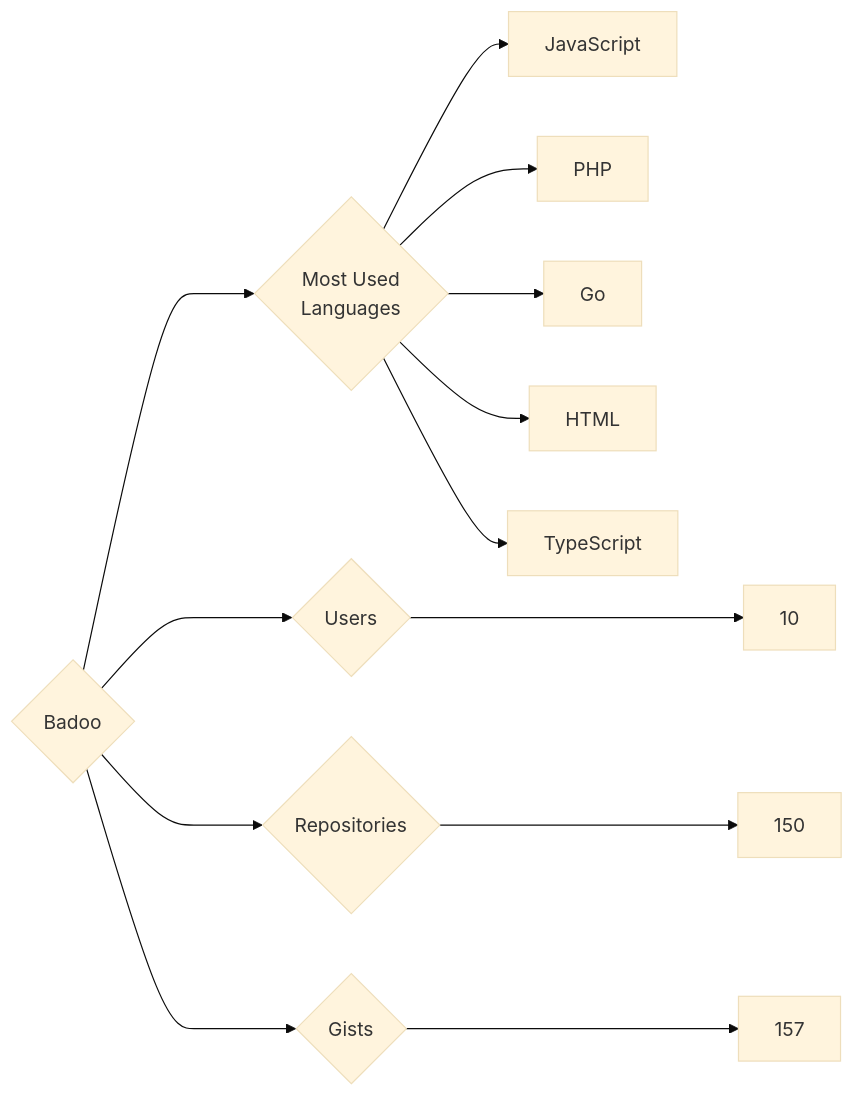
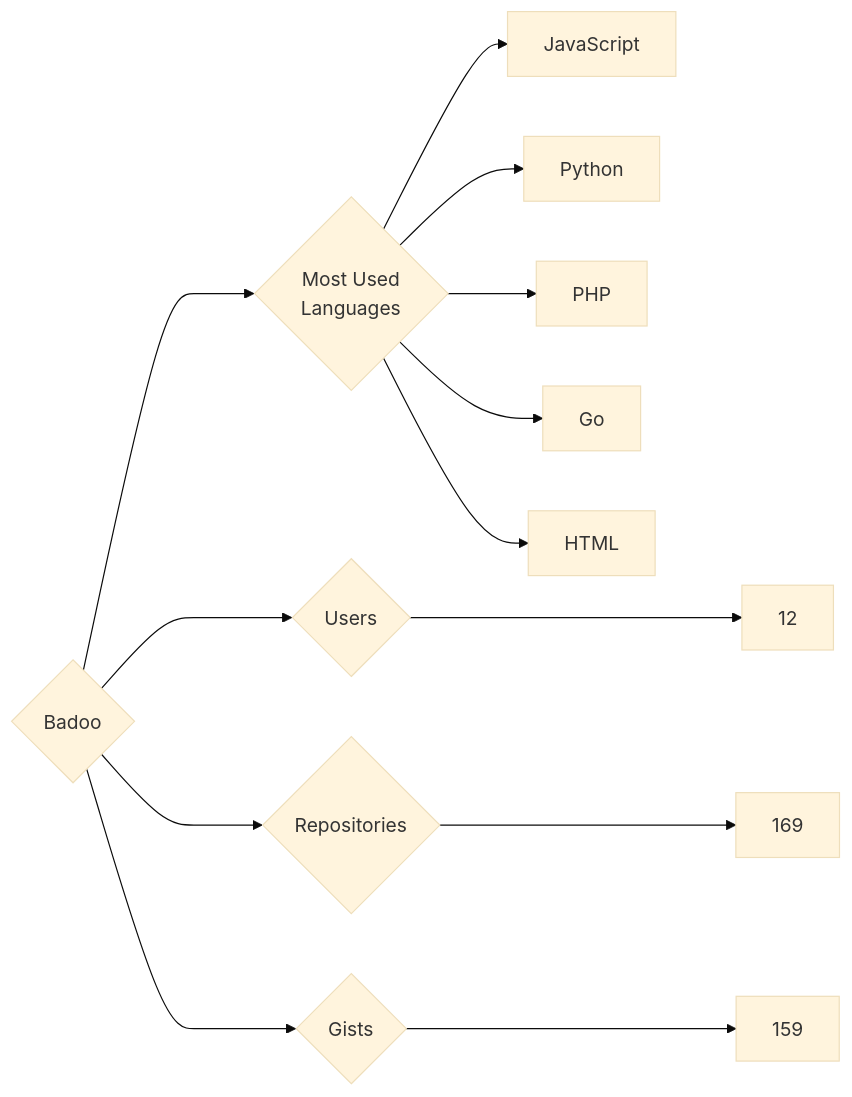
The diagram in targets/Badoo/README.md (trickest/insiders), drawn with Mermaid (base theme) before and after one commit. The commit also changed 1020 other files, not shown here.

````diff
--- a/targets/Badoo/README.md
+++ b/targets/Badoo/README.md
@@ -3,13 +3,13 @@
 ```mermaid
 graph LR
 COMPANY_NAME{Badoo}
-COMPANY_NAME ---> U{Users} ---> UN[10]
-COMPANY_NAME ---> R{Repositories} ---> RN[150]
-COMPANY_NAME ---> G{Gists} ---> GN[157]
+COMPANY_NAME ---> U{Users} ---> UN[12]
+COMPANY_NAME ---> R{Repositories} ---> RN[169]
+COMPANY_NAME ---> G{Gists} ---> GN[159]
 COMPANY_NAME ---> ML{Most Used<br>Languages}
 ML --> JavaScript[JavaScript]
+ML --> Python[Python]
 ML --> PHP[PHP]
 ML --> Go[Go]
 ML --> HTML[HTML]
-ML --> TypeScript[TypeScript]
 ```
````
